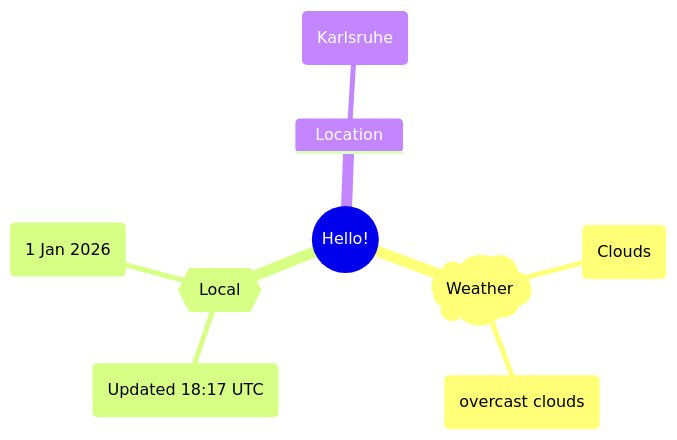
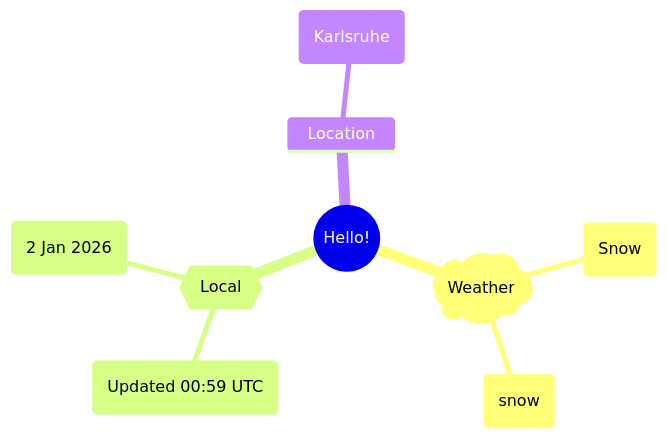
The first of 2 diagrams in README.md (Xosrov/Xosrov), drawn with Mermaid before and after one commit.

Commit message:
[bot] updated images

````diff
--- a/README.md
+++ b/README.md
@@ -3,12 +3,12 @@
 ```mermaid
 mindmap
   root((Hello!))
     )Weather(
-        (Clouds)
-        (overcast clouds)
+        (Snow)
+        (snow)
     {{Local}}
-        (Updated 18:17 UTC)
-        (1 Jan 2026)
+        (Updated 00:59 UTC)
+        (2 Jan 2026)
     Location
         (Karlsruhe)
 ```
````
